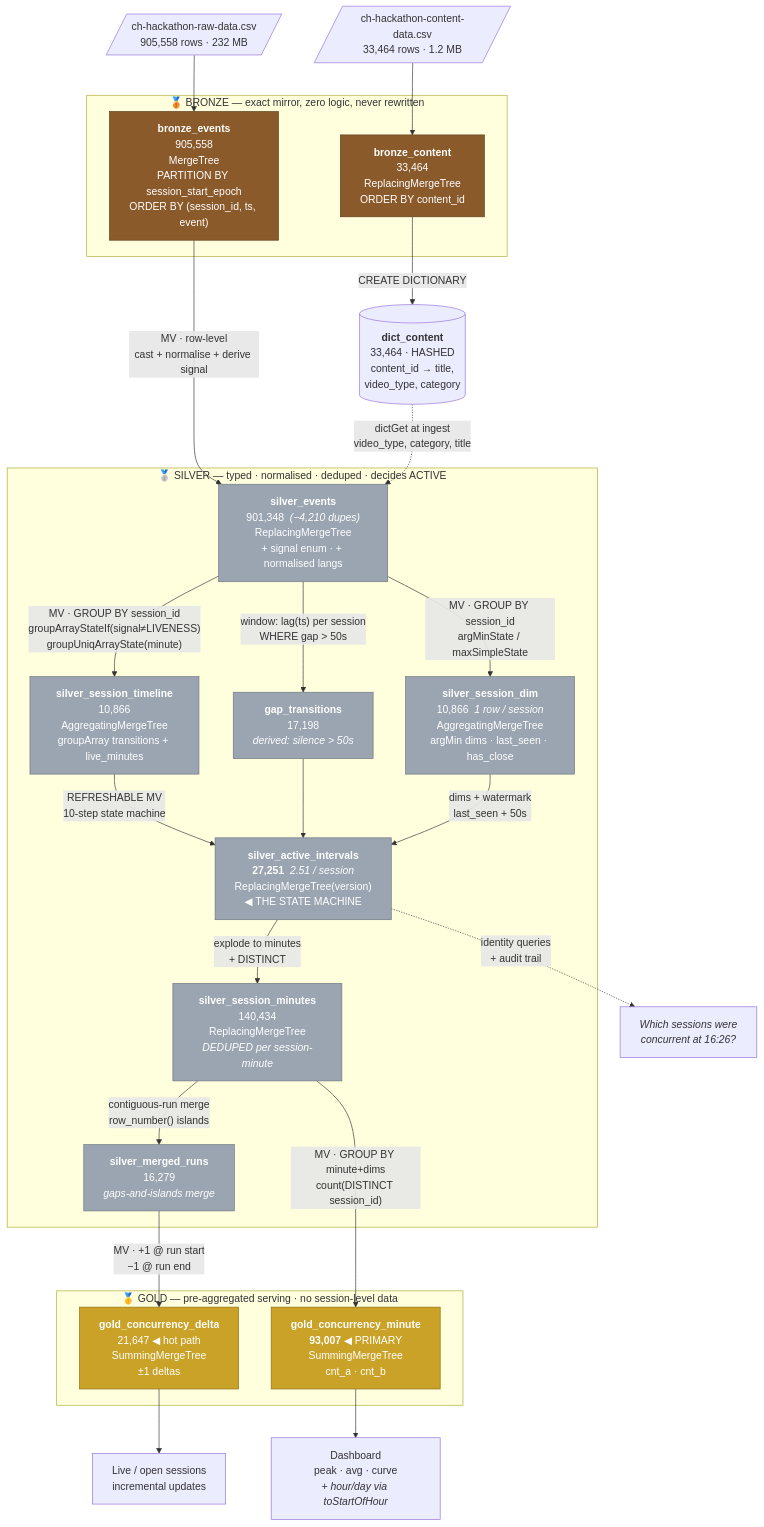
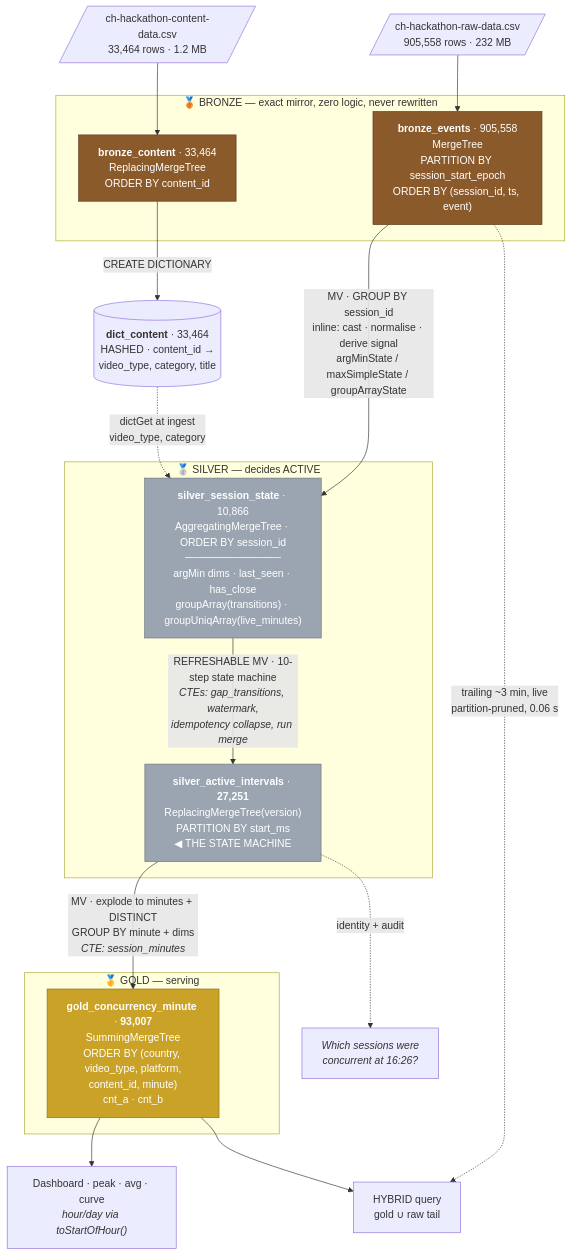
One commit to open-llmao/LLMao changed the diagram in TABLES.md. Above: the diagram before and after it, drawn with Mermaid. The commit also changed other lines of this file and 4 other files, not shown here.

````diff
--- a/TABLES.md
+++ b/TABLES.md
@@ -26,58 +47,40 @@
 ```mermaid
 flowchart TD
-    %% ---------- SOURCES ----------
     CSV1[/"ch-hackathon-raw-data.csv<br/>905,558 rows · 232 MB"/]
     CSV2[/"ch-hackathon-content-data.csv<br/>33,464 rows · 1.2 MB"/]
 
-    %% ---------- BRONZE ----------
     subgraph BRONZE["🥉 BRONZE — exact mirror, zero logic, never rewritten"]
-        B1["<b>bronze_events</b><br/>905,558<br/>MergeTree<br/>PARTITION BY session_start_epoch<br/>ORDER BY (session_id, ts, event)"]
-        B2["<b>bronze_content</b><br/>33,464<br/>ReplacingMergeTree<br/>ORDER BY content_id"]
+        B1["<b>bronze_events</b> · 905,558<br/>MergeTree<br/>PARTITION BY session_start_epoch<br/>ORDER BY (session_id, ts, event)"]
+        B2["<b>bronze_content</b> · 33,464<br/>ReplacingMergeTree<br/>ORDER BY content_id"]
     end
     CSV1 --> B1
     CSV2 --> B2
-    B2 -->|"CREATE DICTIONARY"| DICT[("<b>dict_content</b><br/>33,464 · HASHED<br/>content_id → title,<br/>video_type, category")]
+    B2 -->|"CREATE DICTIONARY"| DICT[("<b>dict_content</b> · 33,464<br/>HASHED · content_id →<br/>video_type, category, title")]
 
-    %% ---------- SILVER ----------
-    subgraph SILVER["🥈 SILVER — typed · normalised · deduped · decides ACTIVE"]
-        S1["<b>silver_events</b><br/>901,348 &nbsp;<i>(−4,210 dupes)</i><br/>ReplacingMergeTree<br/>+ signal enum · + normalised langs"]
-        S2["<b>silver_session_dim</b><br/>10,866 &nbsp;<i>1 row / session</i><br/>AggregatingMergeTree<br/>argMin dims · last_seen · has_close"]
-        S3["<b>silver_session_timeline</b><br/>10,866<br/>AggregatingMergeTree<br/>groupArray transitions + live_minutes"]
-        S3b["<b>gap_transitions</b><br/>17,198<br/><i>derived: silence &gt; 50s</i>"]
-        S4["<b>silver_active_intervals</b><br/><b>27,251</b> &nbsp;<i>2.51 / session</i><br/>ReplacingMergeTree(version)<br/>◀ THE STATE MACHINE"]
-        S5["<b>silver_session_minutes</b><br/>140,434<br/>ReplacingMergeTree<br/><i>DEDUPED per session-minute</i>"]
-        S6["<b>silver_merged_runs</b><br/>16,279<br/><i>gaps-and-islands merge</i>"]
+    subgraph SILVER["🥈 SILVER — decides ACTIVE"]
+        S3["<b>silver_session_state</b> · 10,866<br/>AggregatingMergeTree · ORDER BY session_id<br/>─────────────<br/>argMin dims · last_seen · has_close<br/>groupArray(transitions) · groupUniqArray(live_minutes)"]
+        S4["<b>silver_active_intervals</b> · <b>27,251</b><br/>ReplacingMergeTree(version)<br/>PARTITION BY start_ms<br/>◀ THE STATE MACHINE"]
     end
 
-    B1 -->|"MV · row-level<br/>cast + normalise + derive signal"| S1
-    DICT -.->|"dictGet at ingest<br/>video_type, category, title"| S1
-    S1 -->|"MV · GROUP BY session_id<br/>argMinState / maxSimpleState"| S2
-    S1 -->|"MV · GROUP BY session_id<br/>groupArrayStateIf(signal≠LIVENESS)<br/>groupUniqArrayState(minute)"| S3
-    S1 -->|"window: lag(ts) per session<br/>WHERE gap &gt; 50s"| S3b
-    S3 -->|"REFRESHABLE MV<br/>10-step state machine"| S4
-    S3b --> S4
-    S2 -->|"dims + watermark<br/>last_seen + 50s"| S4
-    S4 -->|"explode to minutes<br/>+ DISTINCT"| S5
-    S5 -->|"contiguous-run merge<br/>row_number() islands"| S6
+    B1 -->|"MV · GROUP BY session_id<br/>inline: cast · normalise · derive signal<br/>argMinState / maxSimpleState / groupArrayState"| S3
+    DICT -.->|"dictGet at ingest<br/>video_type, category"| S3
+    S3 -->|"REFRESHABLE MV · 10-step state machine<br/><i>CTEs: gap_transitions, watermark,<br/>idempotency collapse, run merge</i>"| S4
 
-    %% ---------- GOLD ----------
-    subgraph GOLD["🥇 GOLD — pre-aggregated serving · no session-level data"]
-        G1["<b>gold_concurrency_minute</b><br/><b>93,007</b> ◀ PRIMARY<br/>SummingMergeTree<br/>cnt_a · cnt_b"]
-        G2["<b>gold_concurrency_delta</b><br/>21,647 ◀ hot path<br/>SummingMergeTree<br/>±1 deltas"]
+    subgraph GOLD["🥇 GOLD — serving"]
+        G1["<b>gold_concurrency_minute</b> · <b>93,007</b><br/>SummingMergeTree<br/>ORDER BY (country, video_type, platform,<br/>content_id, minute)<br/>cnt_a · cnt_b"]
     end
 
-    S5 -->|"MV · GROUP BY minute+dims<br/>count(DISTINCT session_id)"| G1
-    S6 -->|"MV · +1 @ run start<br/>−1 @ run end"| G2
+    S4 -->|"MV · explode to minutes + DISTINCT<br/>GROUP BY minute + dims<br/><i>CTE: session_minutes</i>"| G1
 
-    %% ---------- CONSUMERS ----------
-    G1 --> Q1["Dashboard<br/>peak · avg · curve<br/><i>+ hour/day via toStartOfHour</i>"]
-    G2 --> Q2["Live / open sessions<br/>incremental updates"]
-    S4 -.->|"identity queries<br/>+ audit trail"| Q4["<i>Which sessions were<br/>concurrent at 16:26?</i>"]
+    G1 --> Q1["Dashboard · peak · avg · curve<br/><i>hour/day via toStartOfHour()</i>"]
+    B1 -.->|"trailing ~3 min, live<br/>partition-pruned, 0.06 s"| Q2["HYBRID query<br/>gold ∪ raw tail"]
+    G1 --> Q2
+    S4 -.->|"identity + audit"| Q3["<i>Which sessions were<br/>concurrent at 16:26?</i>"]
 
     classDef bronze fill:#8B5A2B,stroke:#5C3A1C,color:#fff
     classDef silver fill:#9AA5B1,stroke:#6B7580,color:#fff
     classDef gold fill:#C9A227,stroke:#8C7016,color:#fff
     class B1,B2 bronze
-    class S1,S2,S3,S3b,S4,S5,S6 silver
-    class G1,G2 gold
+    class S3,S4 silver
+    class G1 gold
 ```
````
